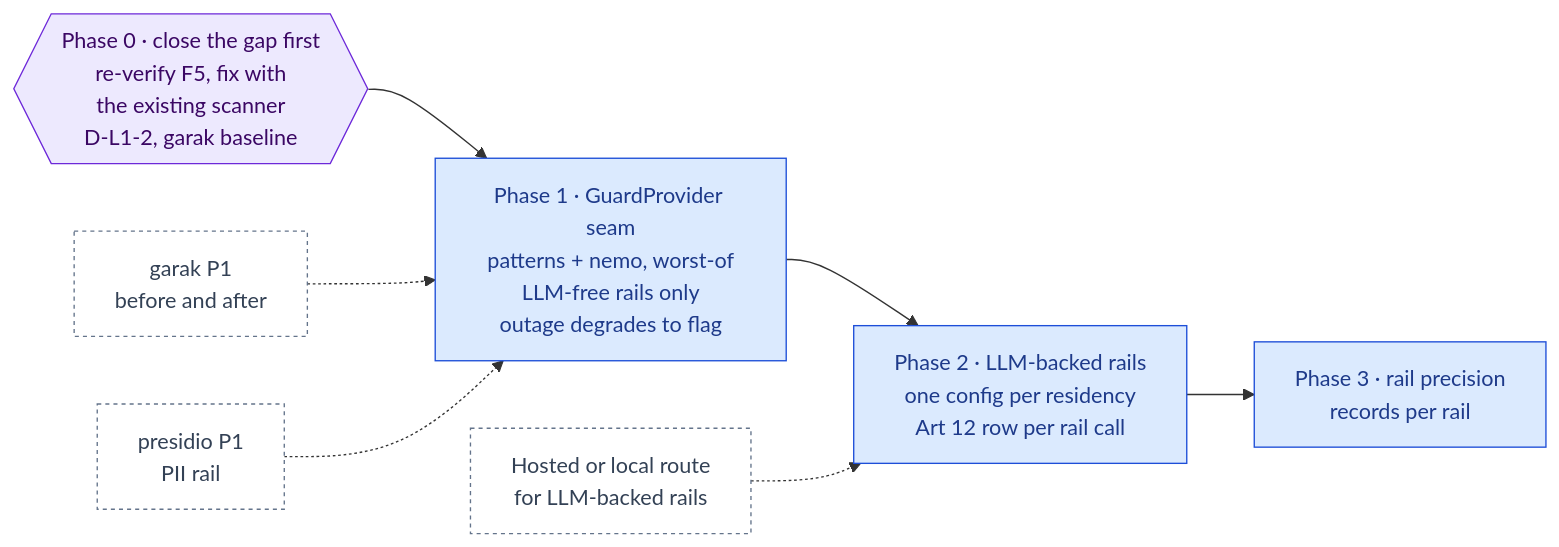
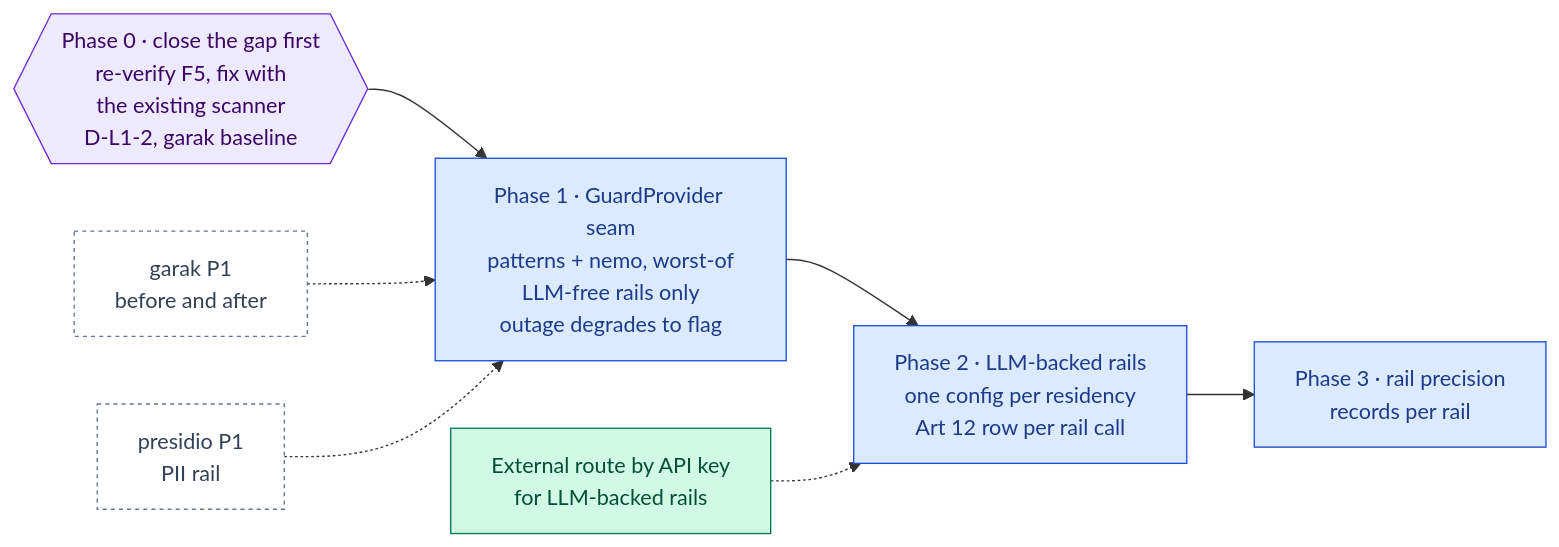
The diagram in docs/ai-architecture/nemo-guardrails.md (RodnaPamet/inflect-compliance), drawn with Mermaid before and after one commit. The commit also changed other lines of this file and 21 other files, not shown here.

First line of the commit message:
docs(ai-architecture): the roadmap is complete without Layer 5; models through API keys

````diff
--- a/docs/ai-architecture/nemo-guardrails.md
+++ b/docs/ai-architecture/nemo-guardrails.md
@@ -28,21 +29,21 @@
 ```mermaid
 flowchart LR
   P0{{"Phase 0 · close the gap first<br/>re-verify F5, fix with<br/>the existing scanner<br/>D-L1-2, garak baseline"}}:::gate
   P1["Phase 1 · GuardProvider seam<br/>patterns + nemo, worst-of<br/>LLM-free rails only<br/>outage degrades to flag"]:::todo
   P2["Phase 2 · LLM-backed rails<br/>one config per residency<br/>Art 12 row per rail call"]:::todo
   P3["Phase 3 · rail precision<br/>records per rail"]:::todo
   GA["garak P1<br/>before and after"]:::ext
   PR["presidio P1<br/>PII rail"]:::ext
-  RT["Hosted or local route<br/>for LLM-backed rails"]:::ext
+  RT["External route by API key<br/>for LLM-backed rails"]:::done
   P0 --> P1 --> P2 --> P3
   GA -.-> P1
   PR -.-> P1
   RT -.-> P2
 
   classDef done fill:#d1fae5,stroke:#047857,color:#064e3b
   classDef todo fill:#dbeafe,stroke:#1d4ed8,color:#1e3a8a
   classDef gate fill:#ede9fe,stroke:#6d28d9,color:#3b0764
   classDef ext fill:#ffffff,stroke:#64748b,color:#334155,stroke-dasharray:3 3
   classDef eval fill:#fce7f3,stroke:#be185d,color:#831843
   classDef declined fill:#f3f4f6,stroke:#6b7280,color:#374151,stroke-dasharray:4 3
 ```
````
